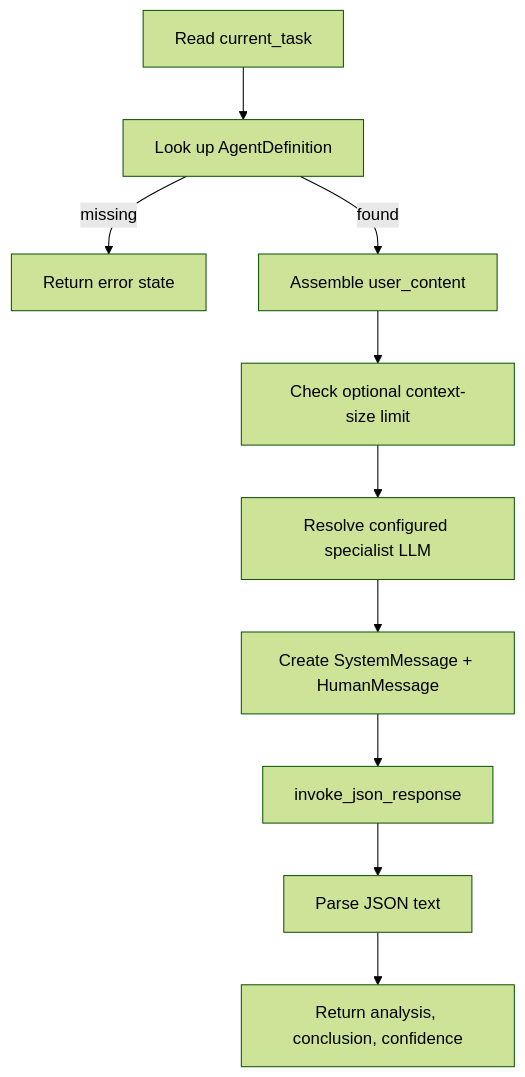
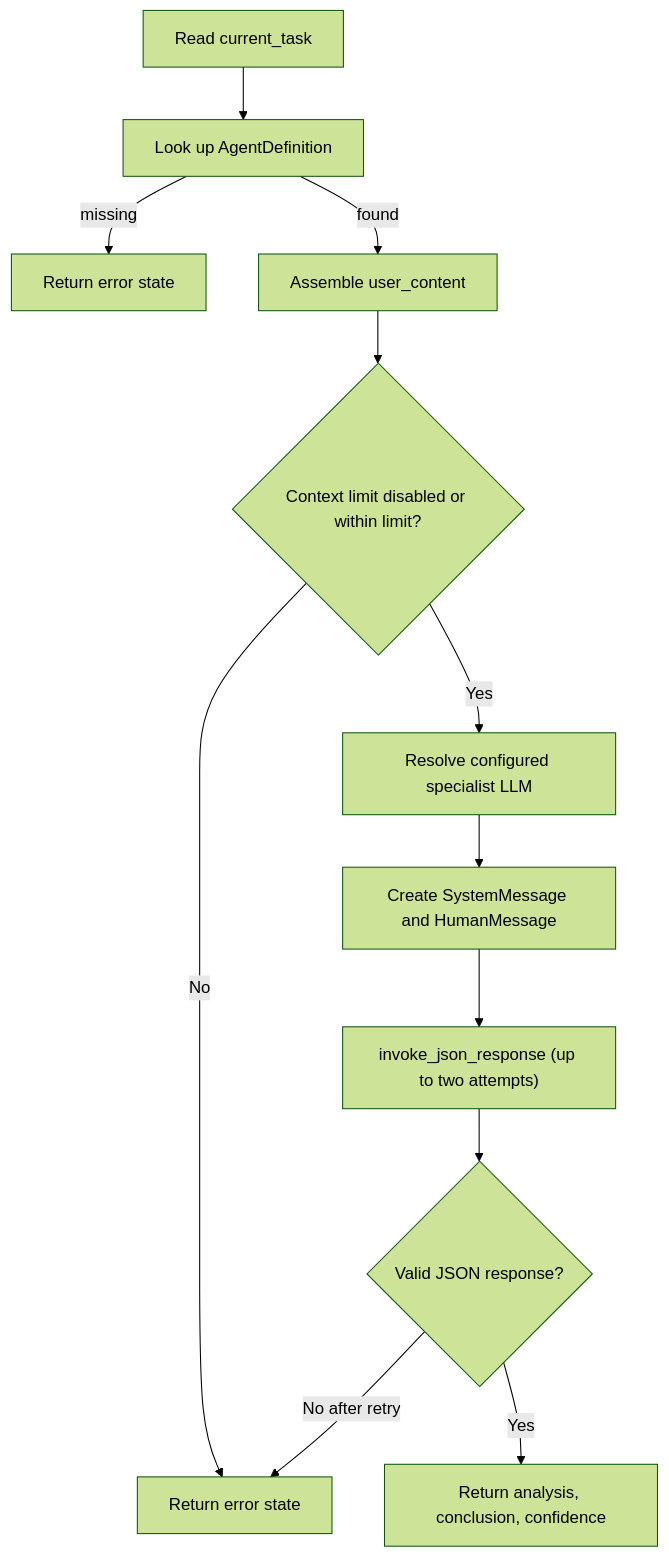
The second of 3 diagrams in docs/book/05-llms-and-prompts.md (chamanthmvs/AstroWeave), drawn with Mermaid (forest theme) before and after one commit. The commit also changed other lines of this file and 10 other files, not shown here.

````diff
--- a/docs/book/05-llms-and-prompts.md
+++ b/docs/book/05-llms-and-prompts.md
@@ -91,12 +91,14 @@
 ```mermaid
 flowchart TD
-    A[Read current_task] --> B[Look up AgentDefinition]
-    B -->|missing| E[Return error state]
-    B -->|found| C[Assemble user_content]
-    C --> D[Check optional context-size limit]
-    D --> M[Resolve configured specialist LLM]
-    M --> P[Create SystemMessage + HumanMessage]
-    P --> I[invoke_json_response]
-    I --> R[Parse JSON text]
-    R --> O[Return analysis, conclusion, confidence]
+    A["Read current_task"] --> B["Look up AgentDefinition"]
+    B -->|missing| E["Return error state"]
+    B -->|found| C["Assemble user_content"]
+    C --> D{"Context limit disabled or within limit?"}
+    D -->|No| F
+    D -->|Yes| M["Resolve configured specialist LLM"]
+    M --> P["Create SystemMessage and HumanMessage"]
+    P --> I["invoke_json_response (up to two attempts)"]
+    I --> R{"Valid JSON response?"}
+    R -->|Yes| O["Return analysis, conclusion, confidence"]
+    R -->|No after retry| F["Return error state"]
 ```
````
